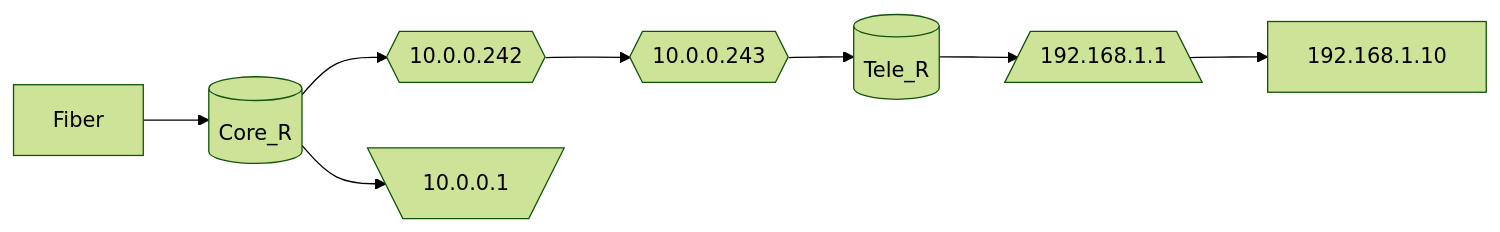
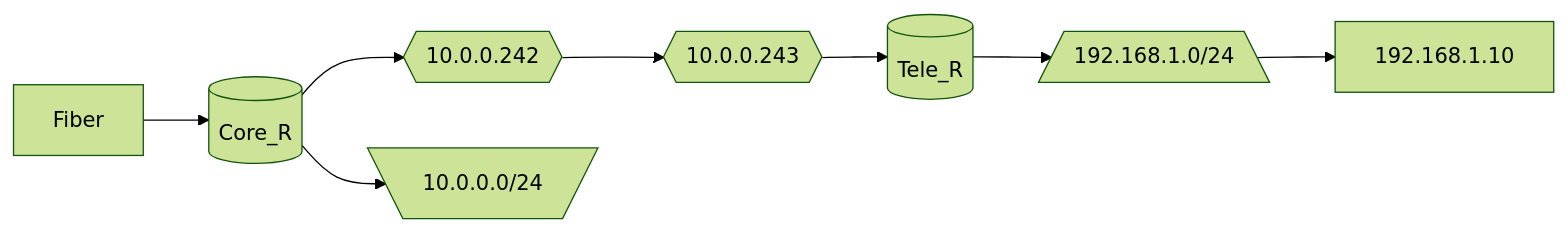
The second of 2 diagrams in Topology.md (notkasim/DOCS), drawn with Mermaid (forest theme) before and after one commit. The commit also changed other lines of this file, not shown here.

````diff
--- a/Topology.md
+++ b/Topology.md
@@ -18,23 +19,23 @@
 ```mermaid
 graph LR;
     core[(Core_R)]
     tele2[(Tele_R)]
     core_link{{10.0.0.242}}
     tele2_link{{10.0.0.243}}
-    core_gw[\10.0.0.1/]
-    tele2_gw[/192.168.1.1\]
+    core_net[\10.0.0.0/24/]
+    tele2_net[/192.168.1.0/24\]
 
     
     Fiber-->core
-    core-->core_gw
+    core-->core_net
     core-->core_link
     core_link-->tele2_link
     tele2_link-->tele2
-    tele2-->tele2_gw-->192.168.1.10
+    tele2-->tele2_net-->192.168.1.10
 
 
 
 
 
 
 ```
````
